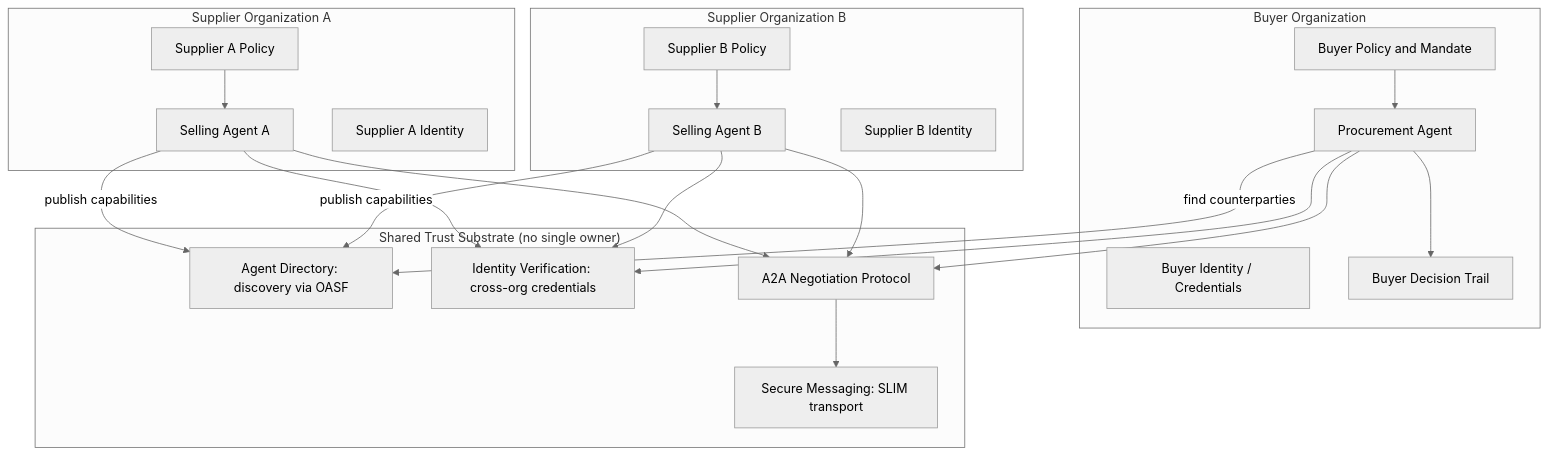
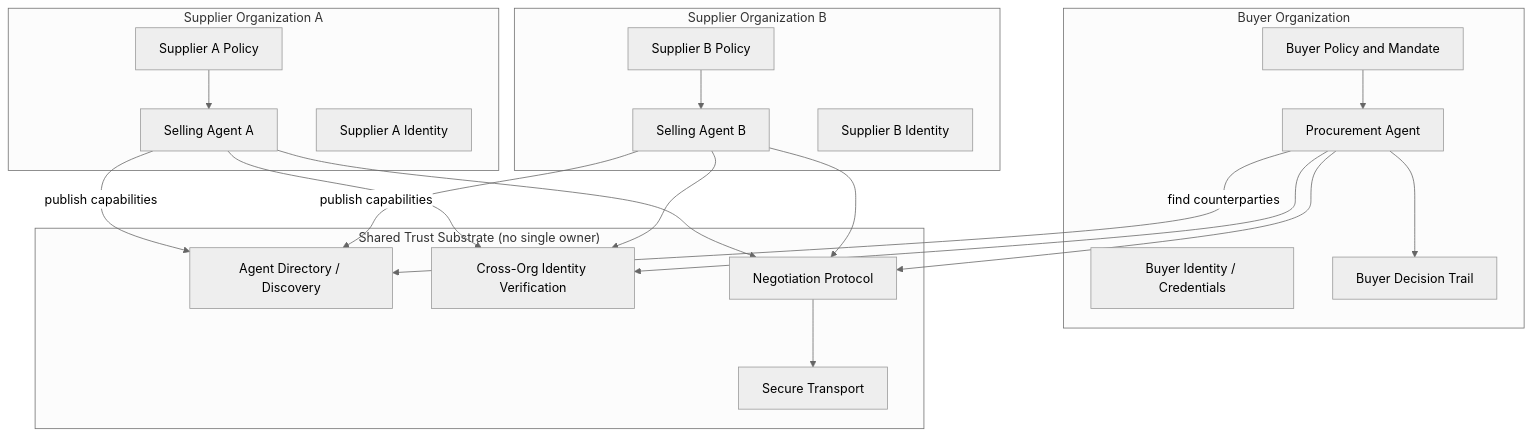
Before and after one commit to machalliance/wg-enterprise-agent-architecture: the diagram in deliverables/from-orchestration-to-autonomy-ebook/24-archetype-5-collaborating-self-directed-agents.md, drawn with Mermaid (neutral theme). The commit also changed other lines of this file and 14 other files, not shown here.

````diff
--- a/deliverables/from-orchestration-to-autonomy-ebook/24-archetype-5-collaborating-self-directed-agents.md
+++ b/deliverables/from-orchestration-to-autonomy-ebook/24-archetype-5-collaborating-self-directed-agents.md
@@ -37,46 +37,46 @@
 ```mermaid
 graph TB
     subgraph "Buyer Organization"
         BAGENT[Procurement Agent]
         BPOLICY[Buyer Policy and Mandate]
         BIDENT[Buyer Identity / Credentials]
         BLEDGER[Buyer Decision Trail]
     end
 
     subgraph "Shared Trust Substrate (no single owner)"
-        DIR[Agent Directory: discovery via OASF]
-        IDV[Identity Verification: cross-org credentials]
-        SLIM[Secure Messaging: SLIM transport]
-        PROTO[A2A Negotiation Protocol]
+        DIR[Agent Directory / Discovery]
+        IDV[Cross-Org Identity Verification]
+        PROTO[Negotiation Protocol]
+        SLIM[Secure Transport]
     end
 
     subgraph "Supplier Organization A"
         SAGENT[Selling Agent A]
         SPOLICY[Supplier A Policy]
         SIDENT[Supplier A Identity]
     end
 
     subgraph "Supplier Organization B"
         SAGENT2[Selling Agent B]
         SPOLICY2[Supplier B Policy]
         SIDENT2[Supplier B Identity]
     end
 
     BAGENT -->|find counterparties| DIR
     SAGENT -->|publish capabilities| DIR
     SAGENT2 -->|publish capabilities| DIR
 
     BAGENT --> IDV
     SAGENT --> IDV
     SAGENT2 --> IDV
 
     BAGENT --> PROTO
     SAGENT --> PROTO
     SAGENT2 --> PROTO
     PROTO --> SLIM
 
     BPOLICY --> BAGENT
     SPOLICY --> SAGENT
     SPOLICY2 --> SAGENT2
     BAGENT --> BLEDGER
 ```
````
